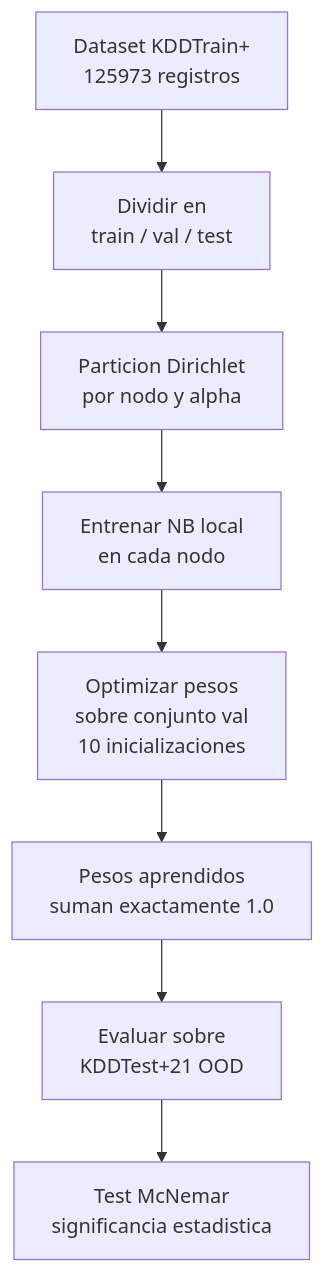
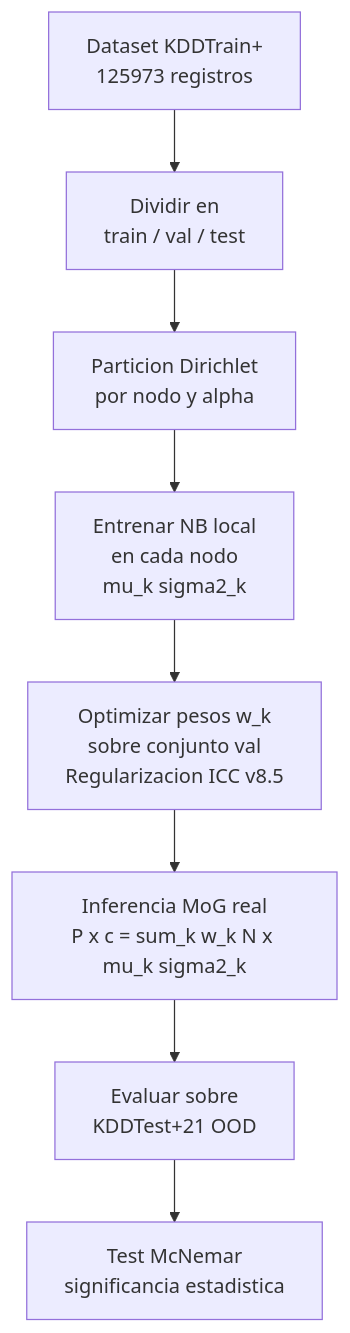
One commit to eoherrera/NB_Federado_Ejercicio_Doctoral_UMA changed the second of 2 diagrams in README.md. Above: the diagram before and after it, drawn with Mermaid. The commit also changed other lines of this file and 1 other file, not shown here.

````diff
--- a/README.md
+++ b/README.md
@@ -70,10 +67,10 @@
 ```mermaid
 graph TD
     A[Dataset KDDTrain+<br/>125973 registros] --> B[Dividir en<br/>train / val / test]
     B --> C[Particion Dirichlet<br/>por nodo y alpha]
-    C --> D[Entrenar NB local<br/>en cada nodo]
-    D --> E[Optimizar pesos<br/>sobre conjunto val<br/>10 inicializaciones]
-    E --> F[Pesos aprendidos<br/>suman exactamente 1.0]
+    C --> D[Entrenar NB local<br/>en cada nodo<br/>mu_k sigma2_k]
+    D --> E[Optimizar pesos w_k<br/>sobre conjunto val<br/>Regularizacion ICC v8.5]
+    E --> F[Inferencia MoG real<br/>P x c = sum_k w_k N x mu_k sigma2_k]
     F --> G[Evaluar sobre<br/>KDDTest+21 OOD]
     G --> H[Test McNemar<br/>significancia estadistica]
 ```
````
